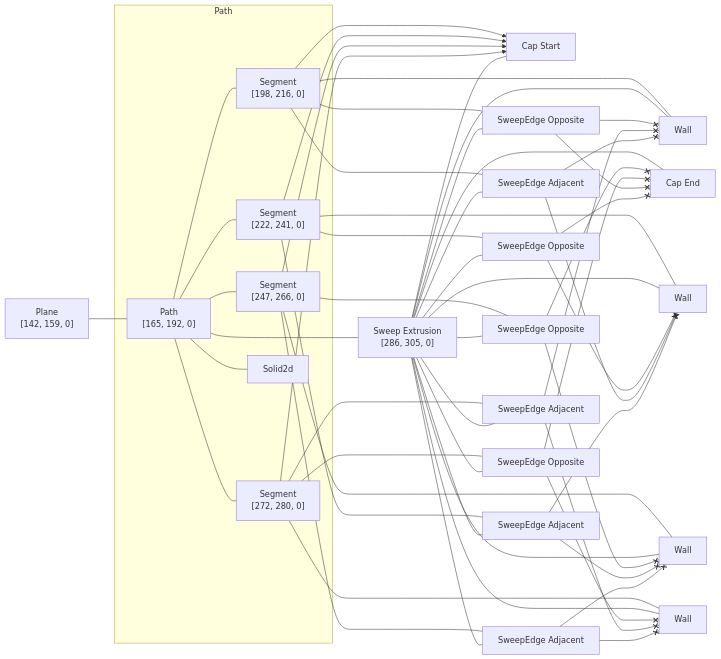
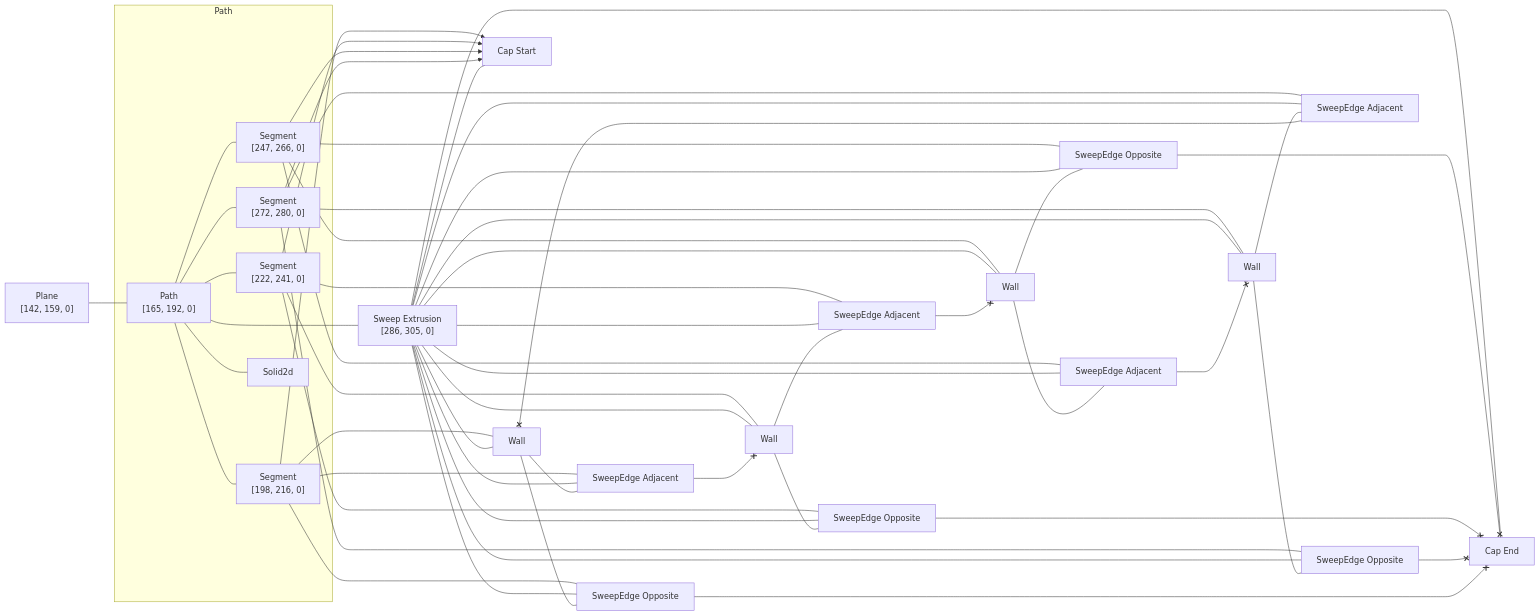
The diagram in rust/kcl-lib/tests/riddle_small/artifact_graph_flowchart.snap.md (rajgandhi1/modeling-app), drawn with Mermaid before and after one commit. The commit also changed 233 other files, not shown here.

````diff
--- a/rust/kcl-lib/tests/riddle_small/artifact_graph_flowchart.snap.md
+++ b/rust/kcl-lib/tests/riddle_small/artifact_graph_flowchart.snap.md
@@ -1,80 +1,80 @@
 ```mermaid
 flowchart LR
   subgraph path2 [Path]
     2["Path<br>[165, 192, 0]"]
     3["Segment<br>[198, 216, 0]"]
     4["Segment<br>[222, 241, 0]"]
     5["Segment<br>[247, 266, 0]"]
     6["Segment<br>[272, 280, 0]"]
     7[Solid2d]
   end
   1["Plane<br>[142, 159, 0]"]
   8["Sweep Extrusion<br>[286, 305, 0]"]
   9[Wall]
   10[Wall]
   11[Wall]
   12[Wall]
   13["Cap Start"]
   14["Cap End"]
   15["SweepEdge Opposite"]
   16["SweepEdge Opposite"]
   17["SweepEdge Opposite"]
   18["SweepEdge Opposite"]
   19["SweepEdge Adjacent"]
   20["SweepEdge Adjacent"]
   21["SweepEdge Adjacent"]
   22["SweepEdge Adjacent"]
   1 --- 2
   2 --- 3
   2 --- 4
   2 --- 5
   2 --- 6
   2 --- 7
   2 ---- 8
   3 --- 12
   3 x--> 13
-  3 --- 17
+  3 --- 18
   3 --- 20
   4 --- 10
   4 x--> 13
-  4 --- 18
-  4 --- 21
+  4 --- 16
+  4 --- 22
   5 --- 9
   5 x--> 13
   5 --- 15
-  5 --- 22
+  5 --- 21
   6 --- 11
   6 x--> 13
-  6 --- 16
+  6 --- 17
   6 --- 19
   8 --- 9
   8 --- 10
   8 --- 11
   8 --- 12
   8 --- 13
   8 --- 14
   8 --- 15
   8 --- 16
   8 --- 17
   8 --- 18
   8 --- 19
   8 --- 20
   8 --- 21
   8 --- 22
-  15 <--x 9
-  21 <--x 9
+  9 --- 15
+  9 --- 21
   22 <--x 9
-  18 <--x 10
+  10 --- 16
   20 <--x 10
-  21 <--x 10
-  16 <--x 11
-  19 <--x 11
-  22 <--x 11
-  17 <--x 12
+  10 --- 22
+  11 --- 17
+  11 --- 19
+  21 <--x 11
+  12 --- 18
   19 <--x 12
-  20 <--x 12
+  12 --- 20
   15 <--x 14
   16 <--x 14
   17 <--x 14
   18 <--x 14
 ```
````
